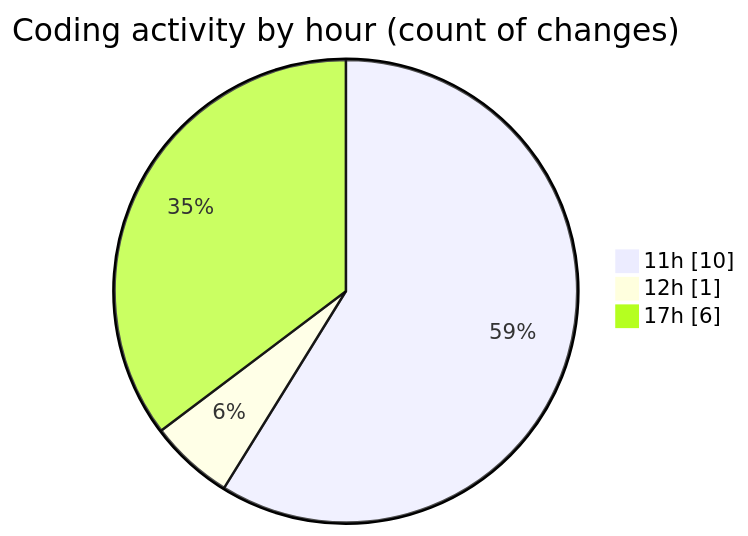
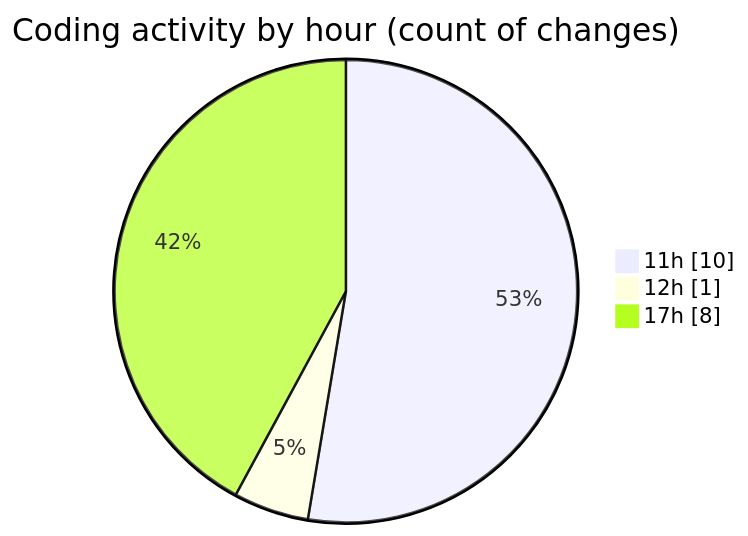
One commit to nxtqubesakshisongat/code-tracking changed the second of 2 diagrams in 2025-06-19/nxtqube_webapp/README.md. Above: the diagram before and after it, drawn with Mermaid. The commit also changed other lines of this file and 1 other file, not shown here.

````diff
--- a/2025-06-19/nxtqube_webapp/README.md
+++ b/2025-06-19/nxtqube_webapp/README.md
@@ -34,7 +34,7 @@
 ```mermaid
 pie showData
 title Coding activity by hour (count of changes)
 "11h" : 10
 "12h" : 1
-"17h" : 6
+"17h" : 8
 ```
````
